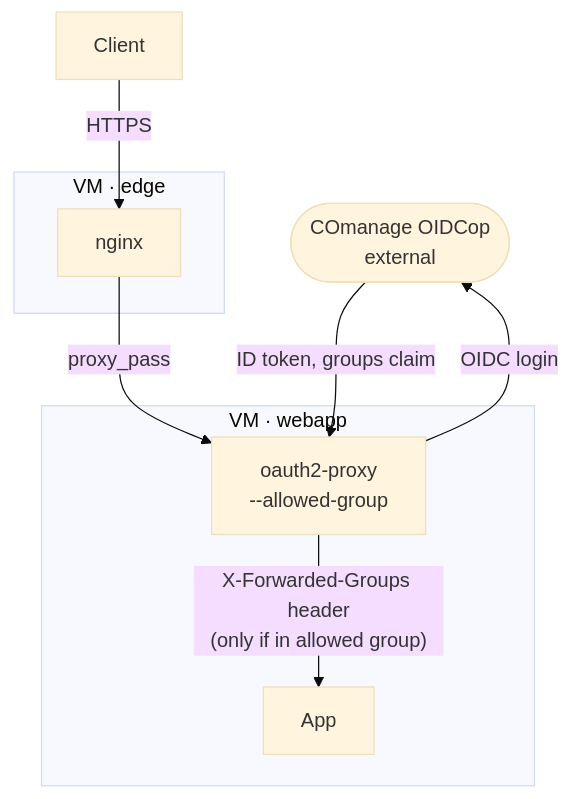
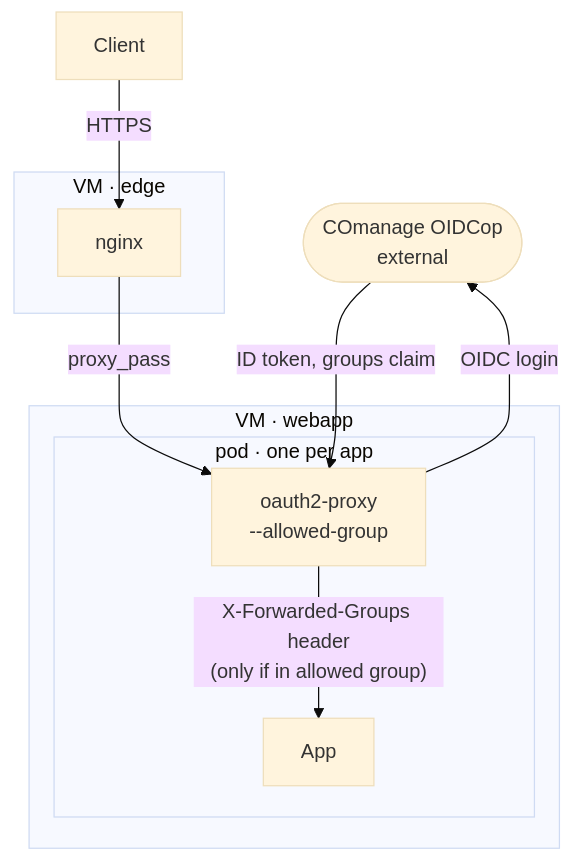
The second of 5 diagrams in README.md (c3g/web-app-template), drawn with Mermaid (base theme) before and after one commit. The commit also changed other lines of this file and 2 other files, not shown here.

First line of the commit message:
Run each app's OPA and oauth2-proxy in the app's own podman pod

````diff
--- a/README.md
+++ b/README.md
@@ -49,16 +49,18 @@
 ```mermaid
 flowchart TB
   COM(["COmanage OIDCop<br/>external"])
   subgraph EDGE["VM · edge"]
     NGINX[nginx]
   end
   subgraph HOST["VM · webapp"]
-    OAUTH["oauth2-proxy<br/>--allowed-group"]
-    APP[App]
+    subgraph POD["pod · one per app"]
+      OAUTH["oauth2-proxy<br/>--allowed-group"]
+      APP[App]
+    end
   end
   CLIENT[Client] -->|HTTPS| NGINX
   NGINX -->|proxy_pass| OAUTH
   OAUTH -->|OIDC login| COM
   COM -->|ID token, groups claim| OAUTH
   OAUTH -->|"X-Forwarded-Groups header<br/>(only if in allowed group)"| APP
 ```
````
